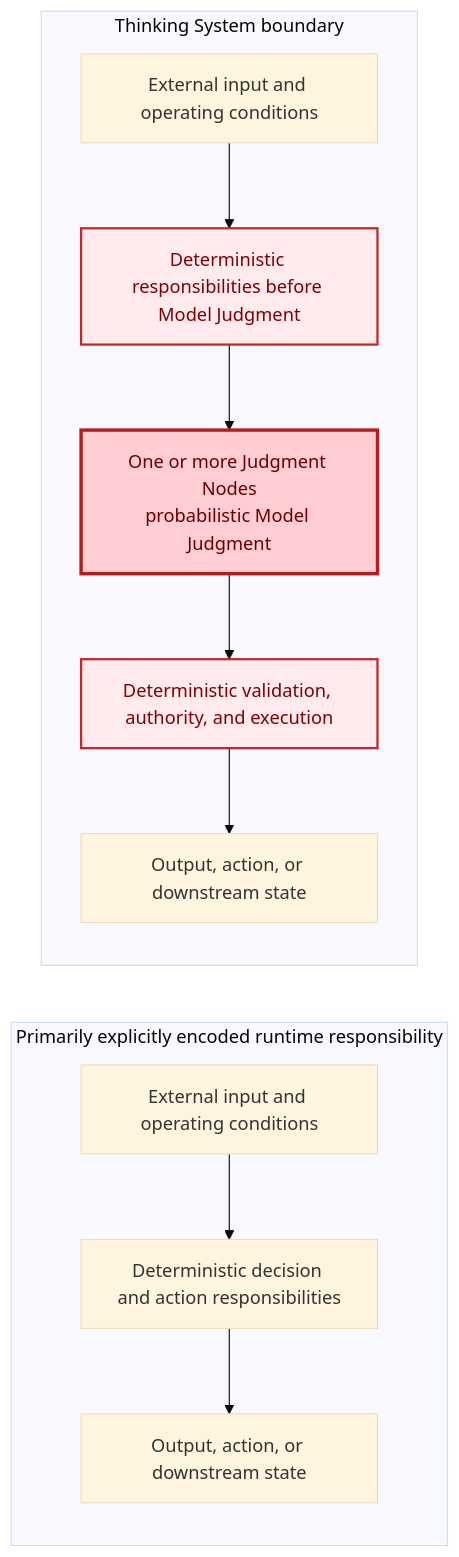
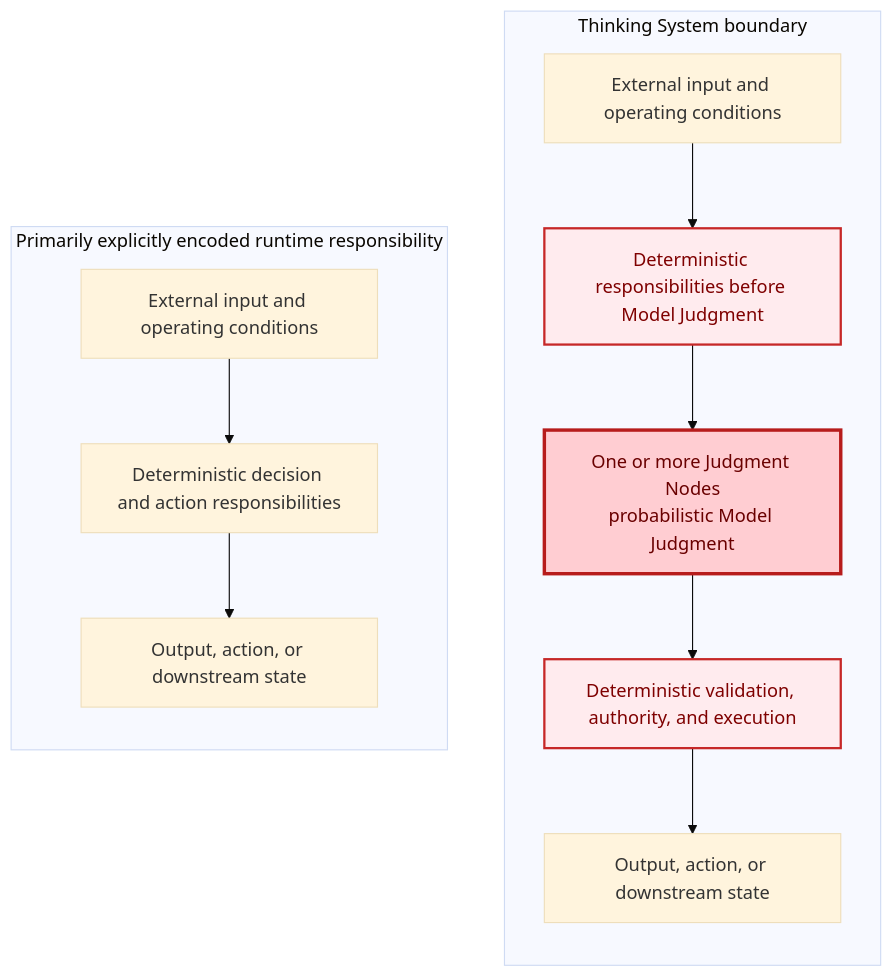
Before and after one commit to UncertaintyArchitectureGroup/uncertainty-architecture: the third of 14 diagrams in content/research/notes/open-engineering-specification-article-draft.md, drawn with Mermaid (base theme). The commit also changed other lines of this file and 10 other files, not shown here.

````diff
--- a/content/research/notes/open-engineering-specification-article-draft.md
+++ b/content/research/notes/open-engineering-specification-article-draft.md
@@ -157,25 +164,27 @@
 ```mermaid
 flowchart LR
     subgraph A["Primarily explicitly encoded runtime responsibility"]
         direction TB
         A1[External input and operating conditions]
         A2[Deterministic decision and action responsibilities]
         A3[Output, action, or downstream state]
         A1 --> A2 --> A3
     end
 
     subgraph B["Thinking System boundary"]
         direction TB
         B1[External input and operating conditions]
         B2[Deterministic responsibilities before Model Judgment]
         J1["One or more Judgment Nodes<br/>probabilistic Model Judgment"]
         B3[Deterministic validation, authority, and execution]
         B4[Output, action, or downstream state]
         B1 --> B2 --> J1 --> B3 --> B4
     end
 
+    A2 ~~~ J1
+
     classDef changed fill:#ffebee,stroke:#c62828,stroke-width:2px,color:#7f0000;
     classDef judgment fill:#ffcdd2,stroke:#b71c1c,stroke-width:3px,color:#6a0000;
     class B2,B3 changed;
     class J1 judgment;
 ```
````
